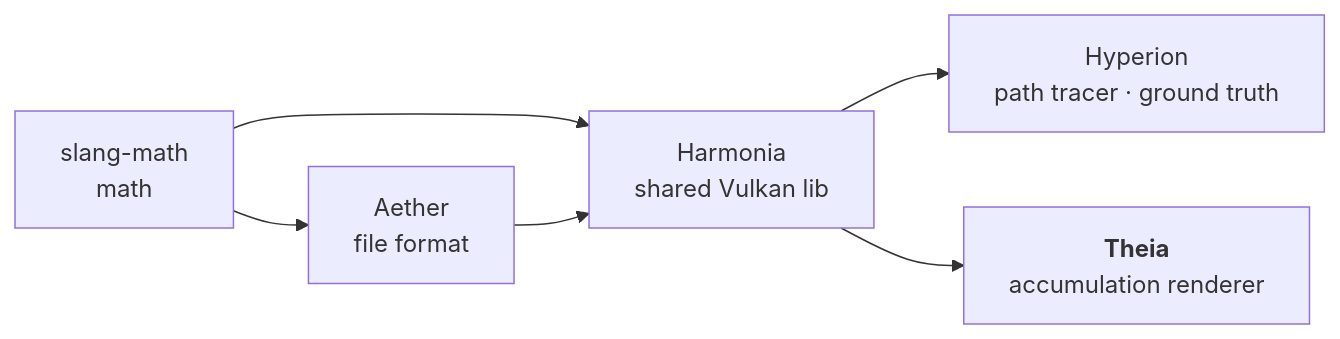
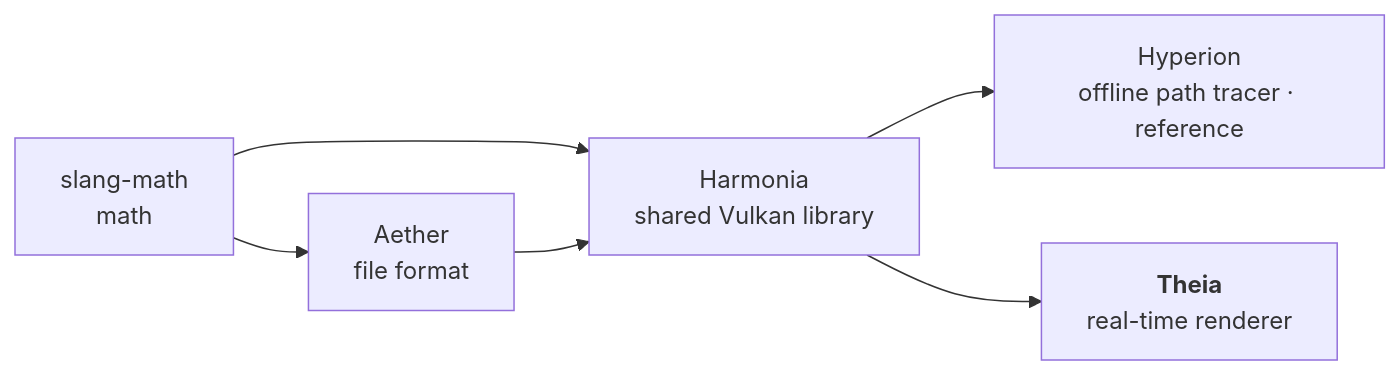
One commit to McNopper/Theia changed the first of 2 diagrams in README.md. Above: the diagram before and after it, drawn with Mermaid. The commit also changed other lines of this file and 5 other files, not shown here.

````diff
--- a/README.md
+++ b/README.md
@@ -167,8 +81,8 @@
 ```mermaid
 flowchart LR
     SM["slang-math<br/>math"] --> A["Aether<br/>file format"]
     SM --> H
-    A --> H["Harmonia<br/>shared Vulkan lib"]
-    H --> Hy["Hyperion<br/>path tracer · ground truth"]
-    H --> T["<b>Theia</b><br/>accumulation renderer"]
+    A --> H["Harmonia<br/>shared Vulkan library"]
+    H --> Hy["Hyperion<br/>offline path tracer · reference"]
+    H --> T["<b>Theia</b><br/>real-time renderer"]
 ```
````
